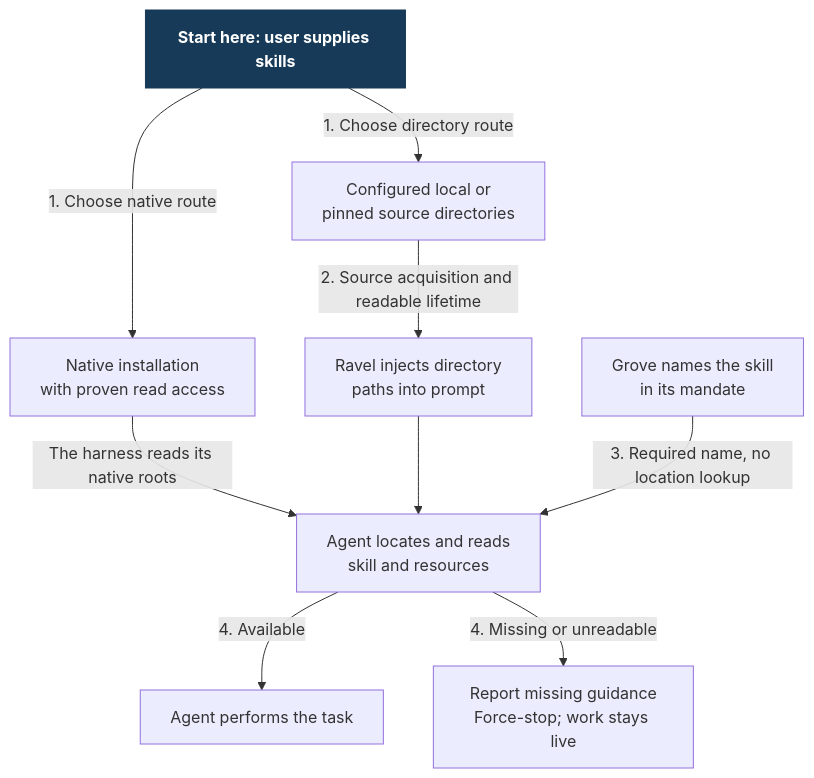
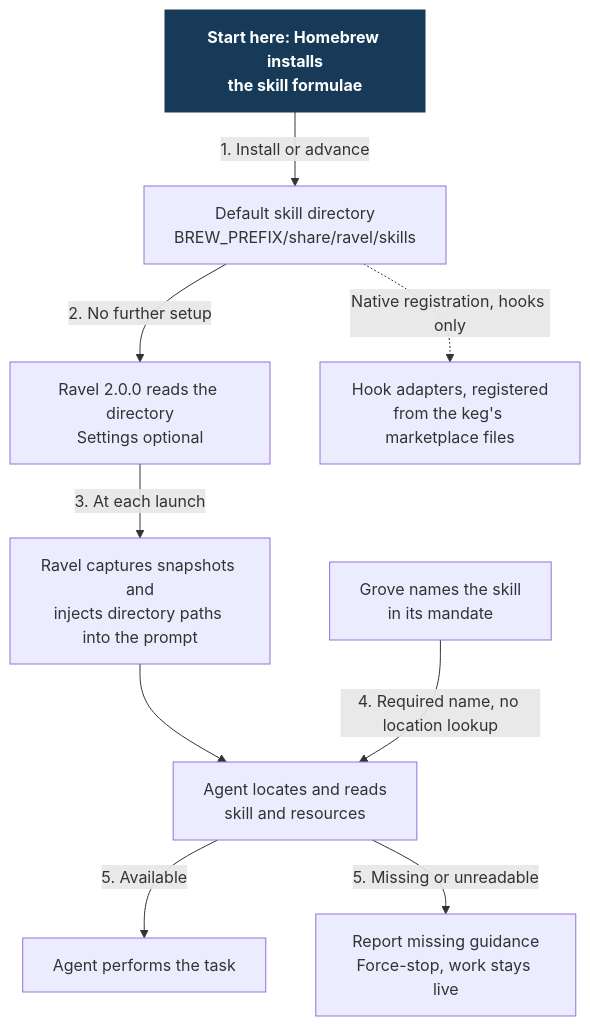
One commit to Linkuistics/grove changed the diagram in docs/design/harness-selection-and-execution/skill-delivery.mmd. Above: the diagram before and after it, drawn with Mermaid. The commit also changed 44 other files, not shown here.

First line of the commit message:
Design Homebrew skill delivery (homebrew-delivery-design-k216)

```diff
--- a/docs/design/harness-selection-and-execution/skill-delivery.mmd
+++ b/docs/design/harness-selection-and-execution/skill-delivery.mmd
@@ -1,18 +1,19 @@
 flowchart TB
-  Owner["Start here: user supplies skills"]:::start
-  Native["Native installation<br/>with proven read access"]
-  Sources["Configured local or<br/>pinned source directories"]
-  Ravel["Ravel injects directory<br/>paths into prompt"]
+  Brew["Start here: Homebrew installs<br/>the skill formulae"]:::start
+  Kegs["Default skill directory<br/>BREW_PREFIX/share/ravel/skills"]
+  Settings["Ravel 2.0.0 reads the directory<br/>Settings optional"]
+  Ravel["Ravel captures snapshots and<br/>injects directory paths into the prompt"]
   Grove["Grove names the skill<br/>in its mandate"]
   Agent["Agent locates and reads<br/>skill and resources"]
-  Missing["Report missing guidance<br/>Force-stop; work stays live"]
+  Missing["Report missing guidance<br/>Force-stop, work stays live"]
   Work["Agent performs the task"]
-  Owner -->|"1. Choose native route"| Native
-  Owner -->|"1. Choose directory route"| Sources
-  Sources -->|"2. Source acquisition and readable lifetime"| Ravel
-  Native -->|"The harness reads its native roots"| Agent
+  Hooks["Hook adapters, registered<br/>from the keg's marketplace files"]
+  Brew -->|"1. Install or advance"| Kegs
+  Kegs -->|"2. No further setup"| Settings
+  Settings -->|"3. At each launch"| Ravel
   Ravel --> Agent
-  Grove -->|"3. Required name, no location lookup"| Agent
-  Agent -->|"4. Available"| Work
-  Agent -->|"4. Missing or unreadable"| Missing
+  Grove -->|"4. Required name, no location lookup"| Agent
+  Agent -->|"5. Available"| Work
+  Agent -->|"5. Missing or unreadable"| Missing
+  Kegs -.->|"Native registration, hooks only"| Hooks
   classDef start fill:#163a57,color:#fff,stroke:#163a57,font-weight:bold
```
